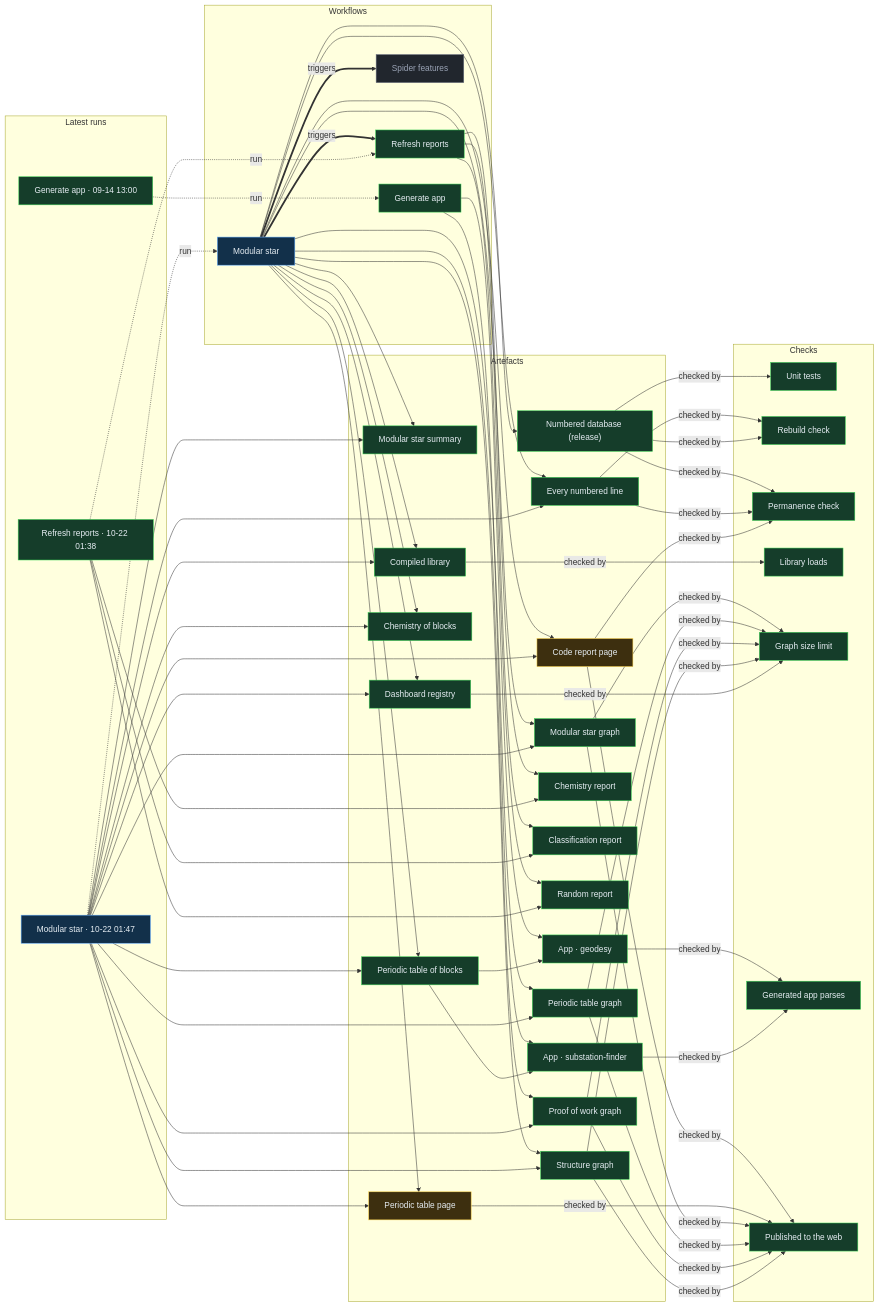
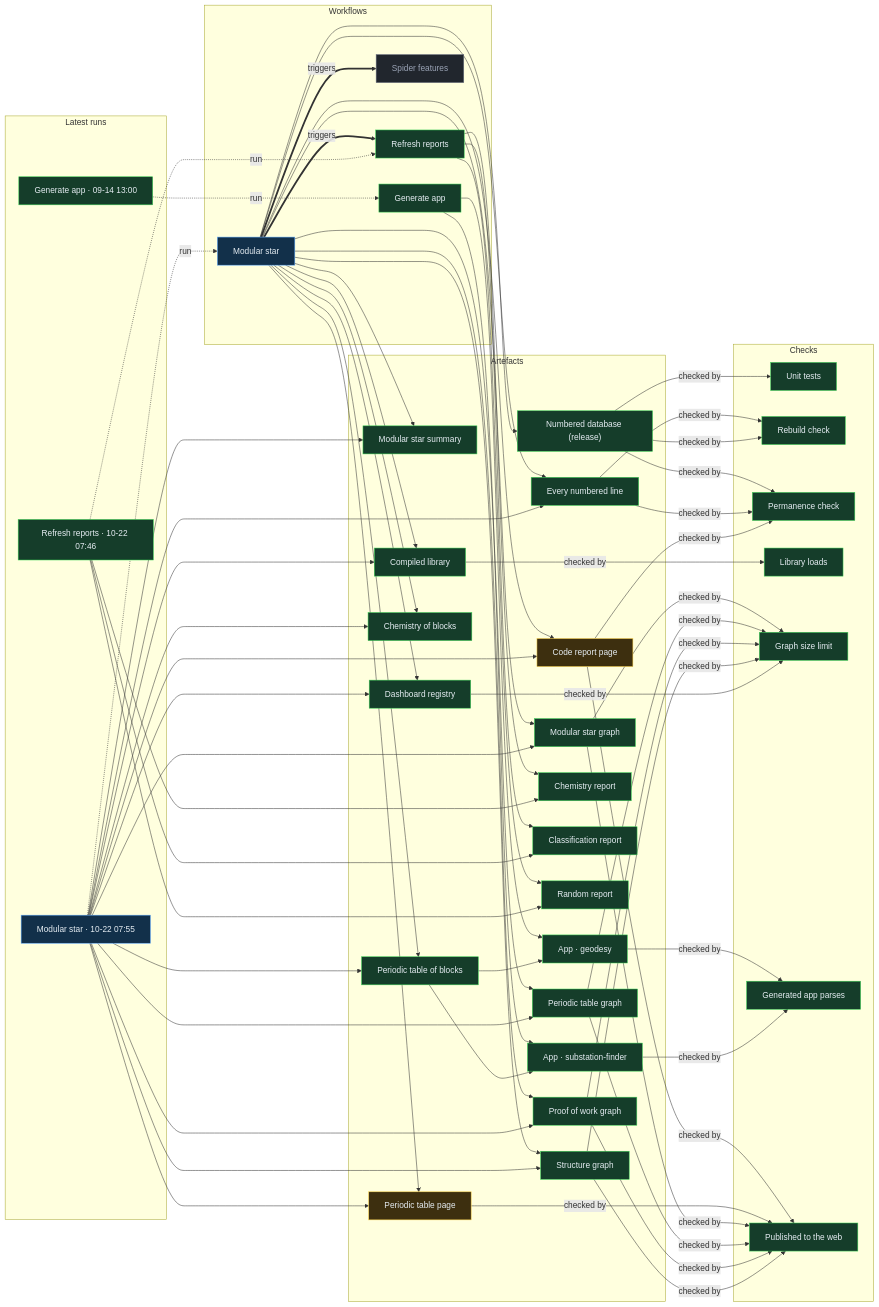
One commit to Ventusltd/stars changed the diagram in proof/PROOF.md. Above: the diagram before and after it, drawn with Mermaid. The commit also changed other lines of this file and 46 other files, not shown here.

Commit message:
Modular star 2026-10-22T07:58Z

```diff
--- a/proof/PROOF.md
+++ b/proof/PROOF.md
@@ -24,8 +24,8 @@
   n_wf_spider_features["Spider features"]:::off
   end
   subgraph g_runs["Latest runs"]
-  n_run_39707738323["Modular star · 10-22 01:47"]:::live
-  n_run_39706876312["Refresh reports · 10-22 01:38"]:::ok
+  n_run_39743905825["Modular star · 10-22 07:55"]:::live
+  n_run_39742805048["Refresh reports · 10-22 07:46"]:::ok
   n_run_34846587798["Generate app · 09-14 13:00"]:::ok
   end
   subgraph g_artefacts["Artefacts"]
@@ -59,39 +59,39 @@
   end
   n_wf_modular_star == triggers ==> n_wf_refresh
   n_wf_modular_star == triggers ==> n_wf_spider_features
-  n_run_39707738323 -. run .-> n_wf_modular_star
-  n_run_39706876312 -. run .-> n_wf_refresh
+  n_run_39743905825 -. run .-> n_wf_modular_star
+  n_run_39742805048 -. run .-> n_wf_refresh
   n_run_34846587798 -. run .-> n_wf_generate
   n_wf_modular_star --> n_art_summary
-  n_run_39707738323 --> n_art_summary
+  n_run_39743905825 --> n_art_summary
   n_wf_modular_star --> n_art_lines
-  n_run_39707738323 --> n_art_lines
+  n_run_39743905825 --> n_art_lines
   n_wf_modular_star --> n_art_code
-  n_run_39707738323 --> n_art_code
+  n_run_39743905825 --> n_art_code
   n_wf_modular_star --> n_art_modular_graph
-  n_run_39707738323 --> n_art_modular_graph
+  n_run_39743905825 --> n_art_modular_graph
   n_wf_modular_star --> n_art_blocks
-  n_run_39707738323 --> n_art_blocks
+  n_run_39743905825 --> n_art_blocks
   n_wf_modular_star --> n_art_table
-  n_run_39707738323 --> n_art_table
+  n_run_39743905825 --> n_art_table
   n_wf_modular_star --> n_art_blocks_graph
-  n_run_39707738323 --> n_art_blocks_graph
+  n_run_39743905825 --> n_art_blocks_graph
   n_wf_modular_star --> n_art_reactions
-  n_run_39707738323 --> n_art_reactions
+  n_run_39743905825 --> n_art_reactions
   n_wf_modular_star --> n_art_library
-  n_run_39707738323 --> n_art_library
+  n_run_39743905825 --> n_art_library
   n_wf_modular_star --> n_art_features
-  n_run_39707738323 --> n_art_features
+  n_run_39743905825 --> n_art_features
   n_wf_modular_star --> n_art_proof
-  n_run_39707738323 --> n_art_proof
+  n_run_39743905825 --> n_art_proof
   n_wf_modular_star --> n_art_structure
-  n_run_39707738323 --> n_art_structure
+  n_run_39743905825 --> n_art_structure
   n_wf_refresh --> n_art_chemistry
-  n_run_39706876312 --> n_art_chemistry
+  n_run_39742805048 --> n_art_chemistry
   n_wf_refresh --> n_art_vedic
-  n_run_39706876312 --> n_art_vedic
+  n_run_39742805048 --> n_art_vedic
   n_wf_refresh --> n_art_random
-  n_run_39706876312 --> n_art_random
+  n_run_39742805048 --> n_art_random
   n_wf_modular_star --> n_art_release
   n_wf_generate --> n_app_geodesy
   n_art_blocks --> n_app_geodesy
```
